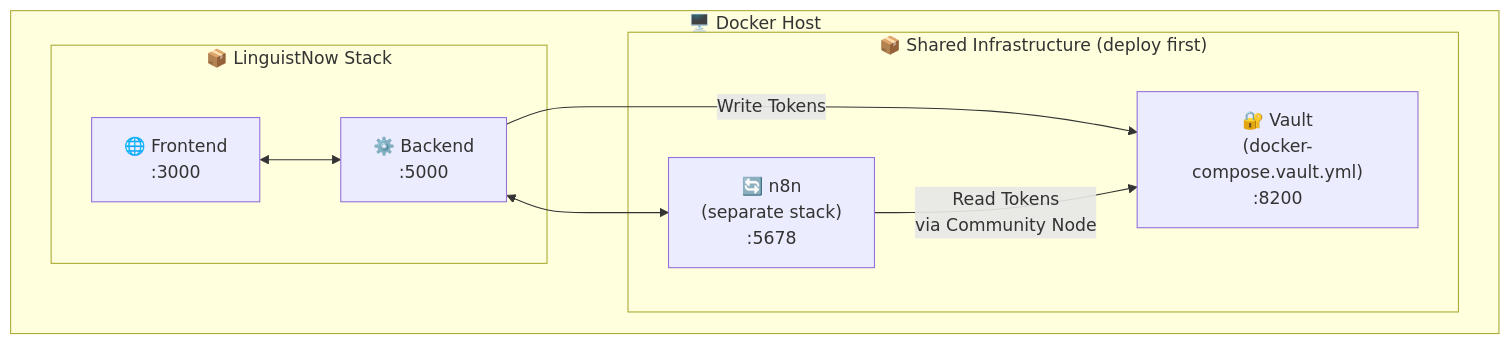
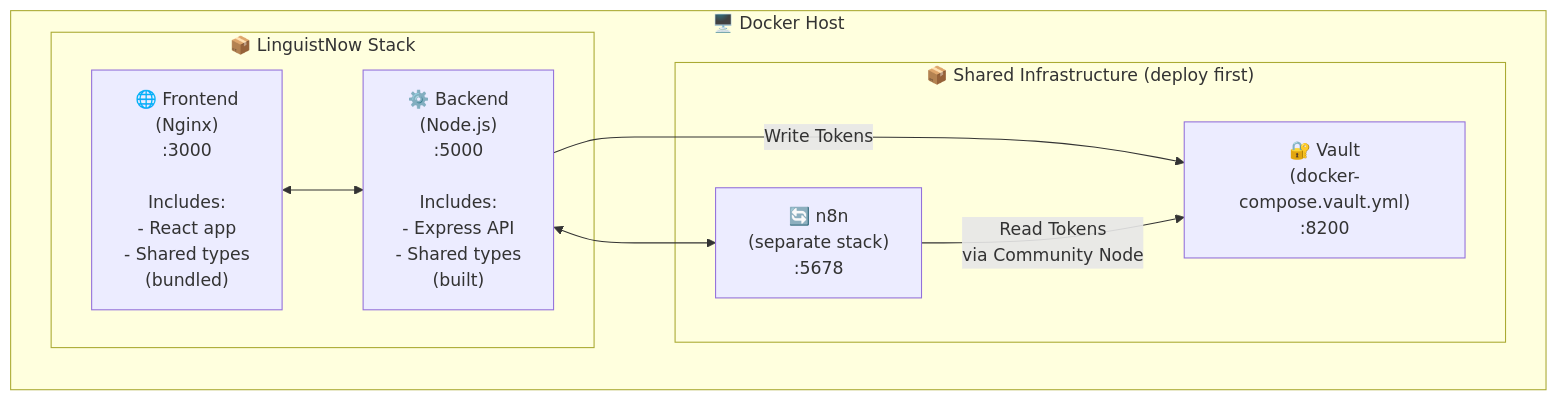
One commit to nicmart-dev/linguistnow changed the first of 2 diagrams in docs/deploy-app-to-production.md. Above: the diagram before and after it, drawn with Mermaid. The commit also changed other lines of this file and 13 other files, not shown here.

First line of the commit message:
docs: update architecture, deployment, and integration documentation

````diff
--- a/docs/deploy-app-to-production.md
+++ b/docs/deploy-app-to-production.md
@@ -50,18 +50,18 @@
 ```mermaid
 flowchart TB
     subgraph Host["🖥️ Docker Host"]
         subgraph SharedInfra["📦 Shared Infrastructure (deploy first)"]
             Vault["🔐 Vault<br/>(docker-compose.vault.yml)<br/>:8200"]
             N8N["🔄 n8n<br/>(separate stack)<br/>:5678"]
         end
         subgraph LinguistNow["📦 LinguistNow Stack"]
-            Frontend["🌐 Frontend<br/>:3000"]
-            Backend["⚙️ Backend<br/>:5000"]
+            Frontend["🌐 Frontend<br/>(Nginx)<br/>:3000<br/><br/>Includes:<br/>- React app<br/>- Shared types<br/>(bundled)"]
+            Backend["⚙️ Backend<br/>(Node.js)<br/>:5000<br/><br/>Includes:<br/>- Express API<br/>- Shared types<br/>(built)"]
         end
     end
 
     Frontend <--> Backend
     Backend <--> N8N
     Backend -->|Write Tokens| Vault
     N8N -->|Read Tokens<br/>via Community Node| Vault
 ```
````
